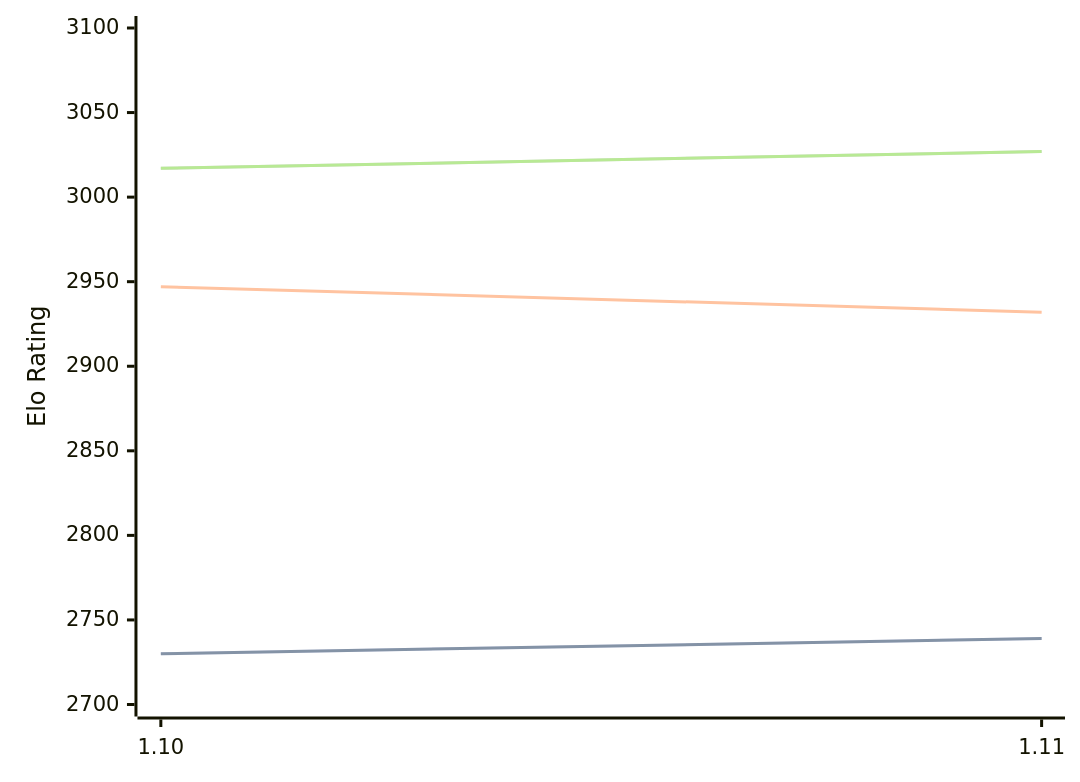
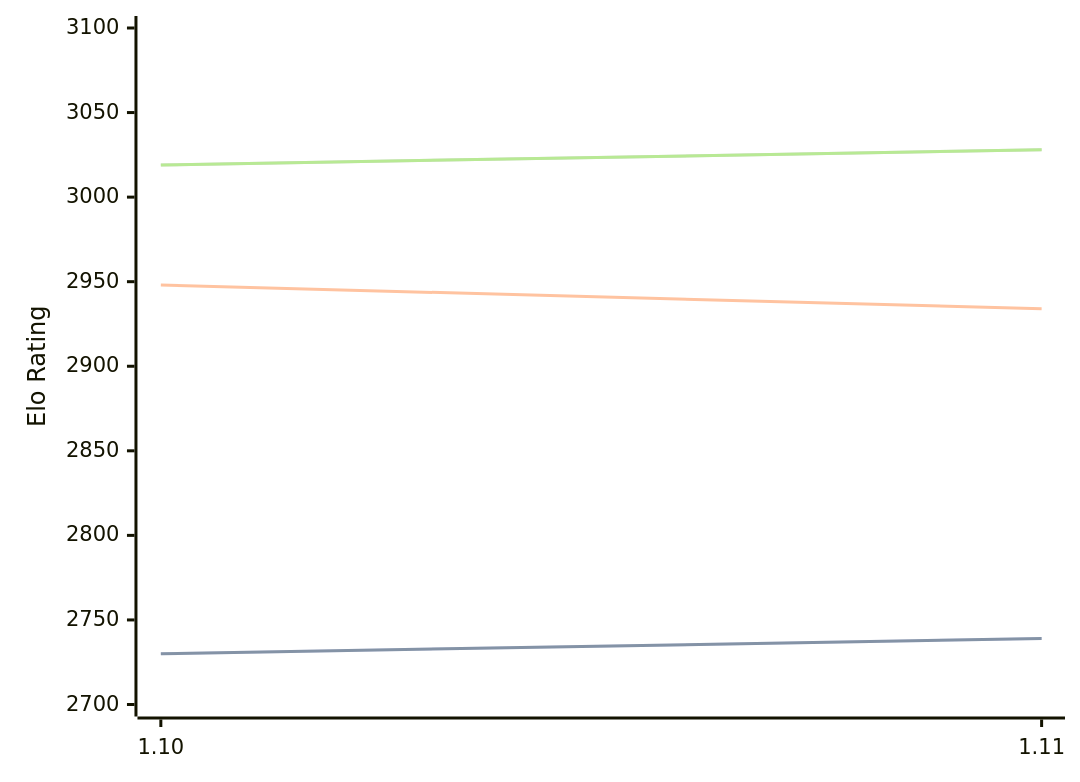
Before and after one commit to computer-chess-index/cci: the first of 3 diagrams in engines/Roc.md, drawn with Mermaid. The commit also changed other lines of this file, not shown here.

Commit message:
Update CCI Ratings (ELO VLTC) - 2026-07-12

````diff
--- a/engines/Roc.md
+++ b/engines/Roc.md
@@ -65,11 +65,11 @@
 ```mermaid
 %%{init: {"theme":"base","themeVariables":{"seriesColors:['#a3a3a3','#222221','#faa371']}}}%%
 xychart-beta
   x-axis ["1.10", "1.11"]
   y-axis "Elo Rating" 2700 --> 3100
   line "STC (8.0+0.08s)" [2730, 2739]
   line "STC (8.0+0.08s)" [2730, 2739]
-  line "LTC (60.0+0.60s)" [2947, 2932]
-  line "VLTC (2m24s+1.12s)" [3017, 3027]
-  line "VLTC (2m24s+1.12s)" [3017, 3027]
+  line "LTC (60.0+0.60s)" [2948, 2934]
+  line "VLTC (2m24s+1.12s)" [3019, 3028]
+  line "VLTC (2m24s+1.12s)" [3019, 3028]
 ```
````
